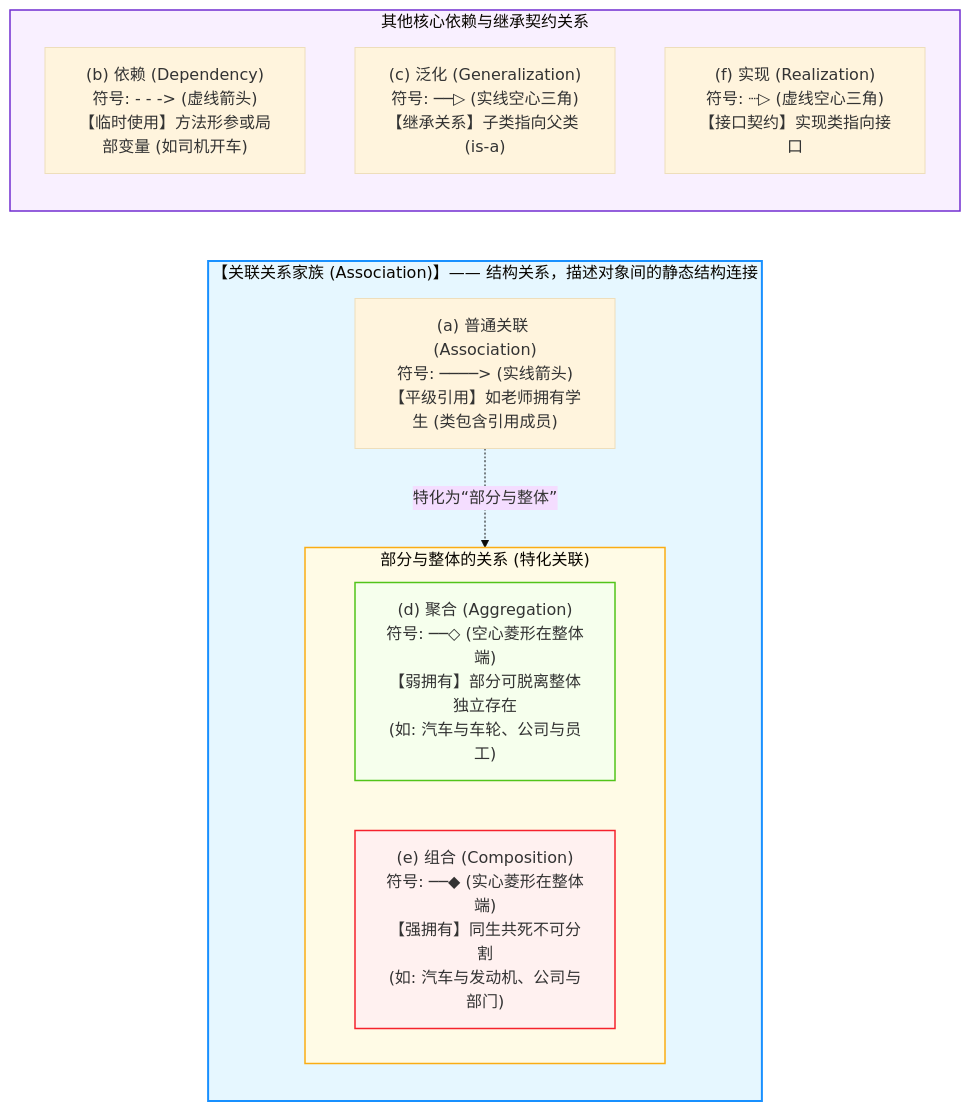
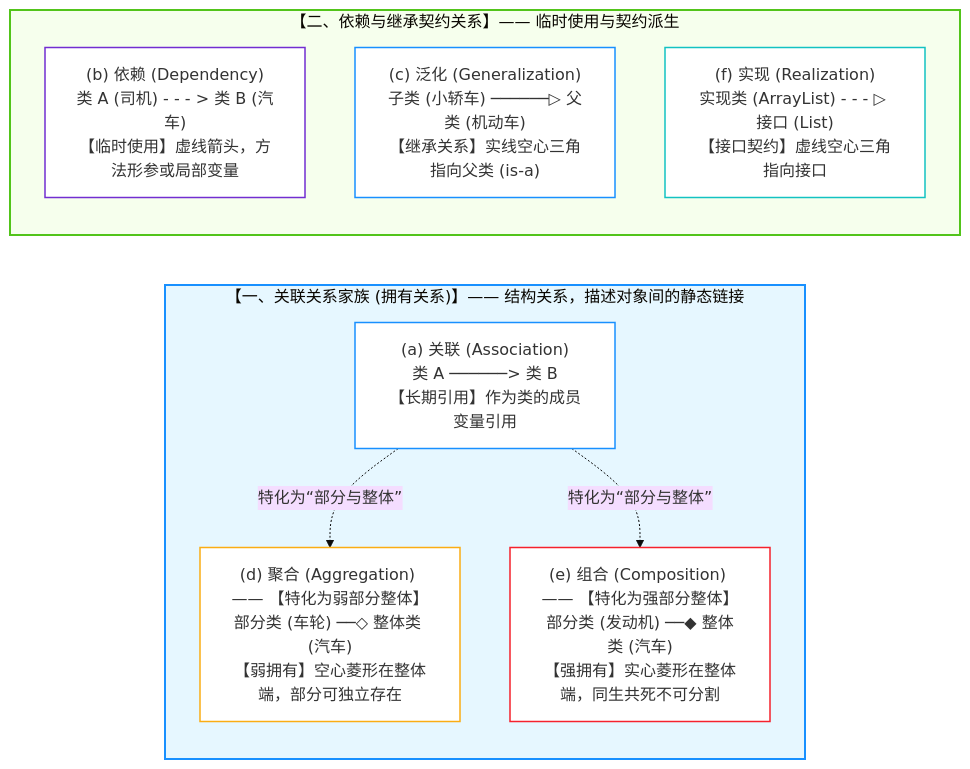
One commit to cpsa3/software-designer-fast-pass changed the fourth of 4 diagrams in 01-fast-pass/14.面向对象技术速记指南.md. Above: the diagram before and after it, drawn with Mermaid (base theme). The commit also changed other lines of this file, not shown here.

Commit message:
fix(uml): 修复classDiagram解析器在冒号与括号下的语法报错，改用零错误的flowchart全景图解

````diff
--- a/01-fast-pass/14.面向对象技术速记指南.md
+++ b/01-fast-pass/14.面向对象技术速记指南.md
@@ -166,27 +141,26 @@
 ```mermaid
 flowchart LR
-    subgraph AssocFamily["【关联关系家族 (Association)】—— 结构关系，描述对象间的静态结构连接"]
+    subgraph G1["【一、关联关系家族 (拥有关系)】—— 结构关系，描述对象间的静态链接"]
         direction TB
-        Assoc["(a) 普通关联 (Association)<br>符号: ────> (实线箭头)<br>【平级引用】如老师拥有学生 (类包含引用成员)"]
-        
-        subgraph WholePart["部分与整体的关系 (特化关联)"]
-            direction LR
-            Agg["(d) 聚合 (Aggregation)<br>符号: ──◇ (空心菱形在整体端)<br>【弱拥有】部分可脱离整体独立存在<br>(如: 汽车与车轮、公司与员工)"]
-            Comp["(e) 组合 (Composition)<br>符号: ──◆ (实心菱形在整体端)<br>【强拥有】同生共死不可分割<br>(如: 汽车与发动机、公司与部门)"]
-        end
-        Assoc -.->|特化为“部分与整体”| WholePart
+        A["(a) 关联 (Association)<br>类 A ──────> 类 B<br>【长期引用】作为类的成员变量引用"]
+        D["(d) 聚合 (Aggregation) —— 【特化为弱部分整体】<br>部分类 (车轮) ──◇ 整体类 (汽车)<br>【弱拥有】空心菱形在整体端，部分可独立存在"]
+        E["(e) 组合 (Composition) —— 【特化为强部分整体】<br>部分类 (发动机) ──◆ 整体类 (汽车)<br>【强拥有】实心菱形在整体端，同生共死不可分割"]
+        A -.->|特化为“部分与整体”| D & E
     end
 
-    subgraph OtherRelations["其他核心依赖与继承契约关系"]
+    subgraph G2["【二、依赖与继承契约关系】—— 临时使用与契约派生"]
         direction TB
-        Dep["(b) 依赖 (Dependency)<br>符号: - - -> (虚线箭头)<br>【临时使用】方法形参或局部变量 (如司机开车)"]
-        Gen["(c) 泛化 (Generalization)<br>符号: ──▷ (实线空心三角)<br>【继承关系】子类指向父类 (is-a)"]
-        Real["(f) 实现 (Realization)<br>符号: ┈▷ (虚线空心三角)<br>【接口契约】实现类指向接口"]
+        B["(b) 依赖 (Dependency)<br>类 A (司机) - - - > 类 B (汽车)<br>【临时使用】虚线箭头，方法形参或局部变量"]
+        C["(c) 泛化 (Generalization)<br>子类 (小轿车) ──────▷ 父类 (机动车)<br>【继承关系】实线空心三角指向父类 (is-a)"]
+        F["(f) 实现 (Realization)<br>实现类 (ArrayList) - - - ▷ 接口 (List)<br>【接口契约】虚线空心三角指向接口"]
     end
 
-    style AssocFamily fill:#e6f7ff,stroke:#1890ff,stroke-width:2px
-    style WholePart fill:#fffbe6,stroke:#faad14,stroke-width:1.5px
-    style Comp fill:#fff1f0,stroke:#f5222d,stroke-width:1.5px
-    style Agg fill:#f6ffed,stroke:#52c41a,stroke-width:1.5px
-    style OtherRelations fill:#f9f0ff,stroke:#722ed1,stroke-width:1.5px
+    style G1 fill:#e6f7ff,stroke:#1890ff,stroke-width:2px
+    style G2 fill:#f6ffed,stroke:#52c41a,stroke-width:2px
+    style A fill:#fff,stroke:#1890ff,stroke-width:1.5px
+    style D fill:#fff,stroke:#faad14,stroke-width:1.5px
+    style E fill:#fff,stroke:#f5222d,stroke-width:1.5px
+    style B fill:#fff,stroke:#722ed1,stroke-width:1.5px
+    style C fill:#fff,stroke:#1890ff,stroke-width:1.5px
+    style F fill:#fff,stroke:#13c2c2,stroke-width:1.5px
 ```
````
